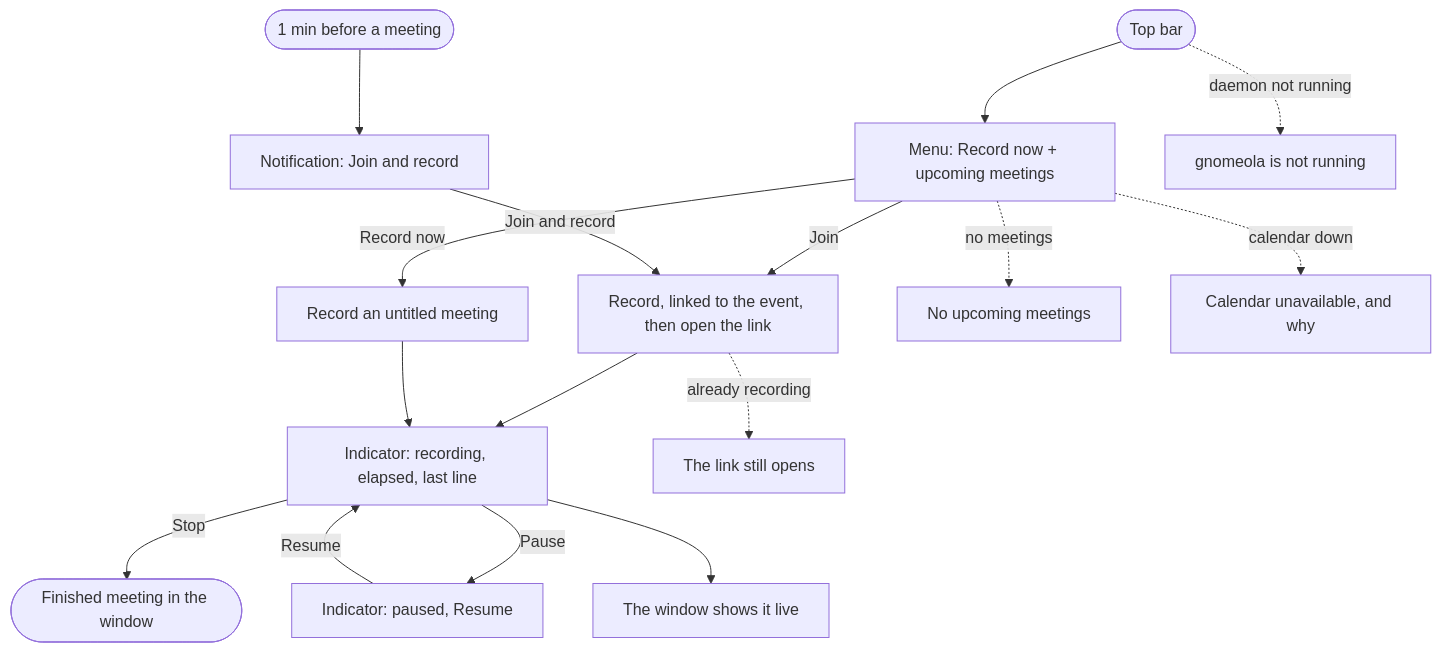
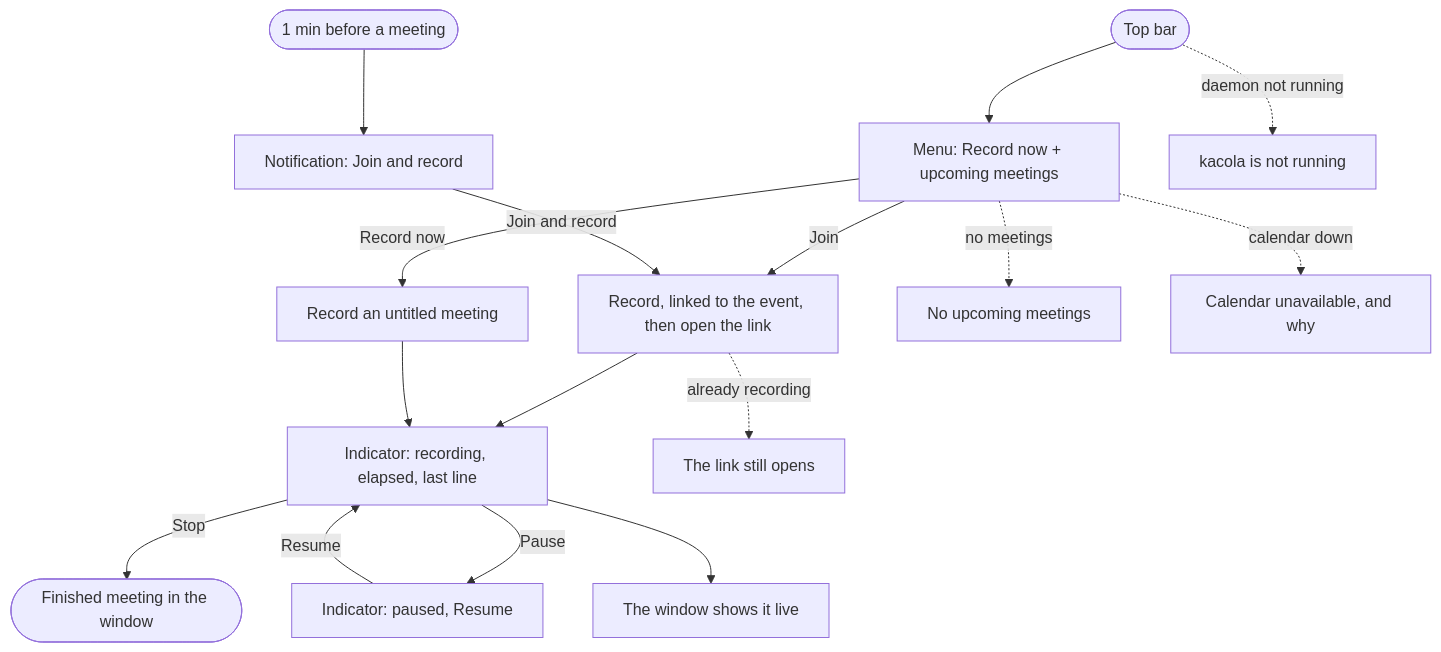
Before and after one commit to Kacper-Lubisz/kacola: the sixth of 44 diagrams in docs/user-stories.md, drawn with Mermaid. The commit also changed other lines of this file and 676 other files, not shown here.

First line of the commit message:
Rename gnomeola to kacola: packages, commands, ids, env vars, paths and text

````diff
--- a/docs/user-stories.md
+++ b/docs/user-stories.md
@@ -271,26 +271,26 @@
 ```mermaid
 flowchart TD
   A([Top bar]) --> B[Menu: Record now + upcoming meetings]
   N([1 min before a meeting]) --> NB[Notification: Join and record]
   B -->|Join| J[Record, linked to the event, then open the link]
   NB -->|Join and record| J
   B -->|Record now| J2[Record an untitled meeting]
   J --> R[Indicator: recording, elapsed, last line]
   J2 --> R
   R -->|Pause| P[Indicator: paused, Resume]
   P -->|Resume| R
   R -->|Stop| S([Finished meeting in the window])
   J -.already recording.-> L[The link still opens]
   B -.no meetings.-> E[No upcoming meetings]
   B -.calendar down.-> C[Calendar unavailable, and why]
-  A -.daemon not running.-> O[gnomeola is not running]
+  A -.daemon not running.-> O[kacola is not running]
   R --> W[The window shows it live]
   %% shot: B = topbar-join__idle__upcoming-meetings
   %% shot: NB = topbar-join__starting__notification
   %% shot: R = topbar-join__recording__indicator
   %% shot: P = topbar-join__paused__indicator
   %% shot: E = topbar-join__idle__no-meetings
   %% shot: C = calendar-offline__topbar__unavailable
   %% shot: O = daemon-down__topbar__not-running
   %% shot: W = topbar-join__window__joined-session
 ```
````
